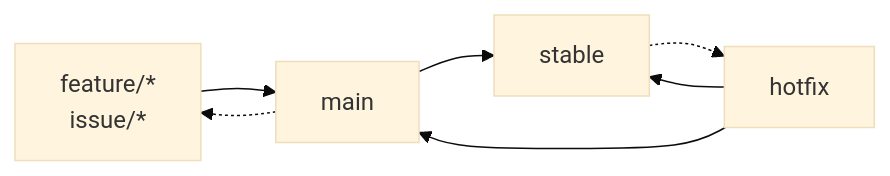
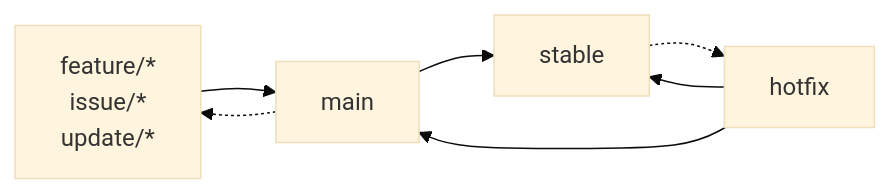
One commit to mauwii/azure-pipelines-with-github-repo changed the first of 4 diagrams in docs/workflow/1-repository.md. Above: the diagram before and after it, drawn with Mermaid (base theme). The commit also changed other lines of this file and 2 other files, not shown here.

````diff
--- a/docs/workflow/1-repository.md
+++ b/docs/workflow/1-repository.md
@@ -29,8 +29,8 @@
 ``` mermaid
 graph LR
-  featureBranch[feature/*<br>issue/*] --> main;
+  featureBranch[feature/*<br>issue/*<br>update/*] --> main;
   main -.-> featureBranch;
   main --> stable;
   stable -.-> hotfix;
   hotfix --> stable & main;
 ```
````
